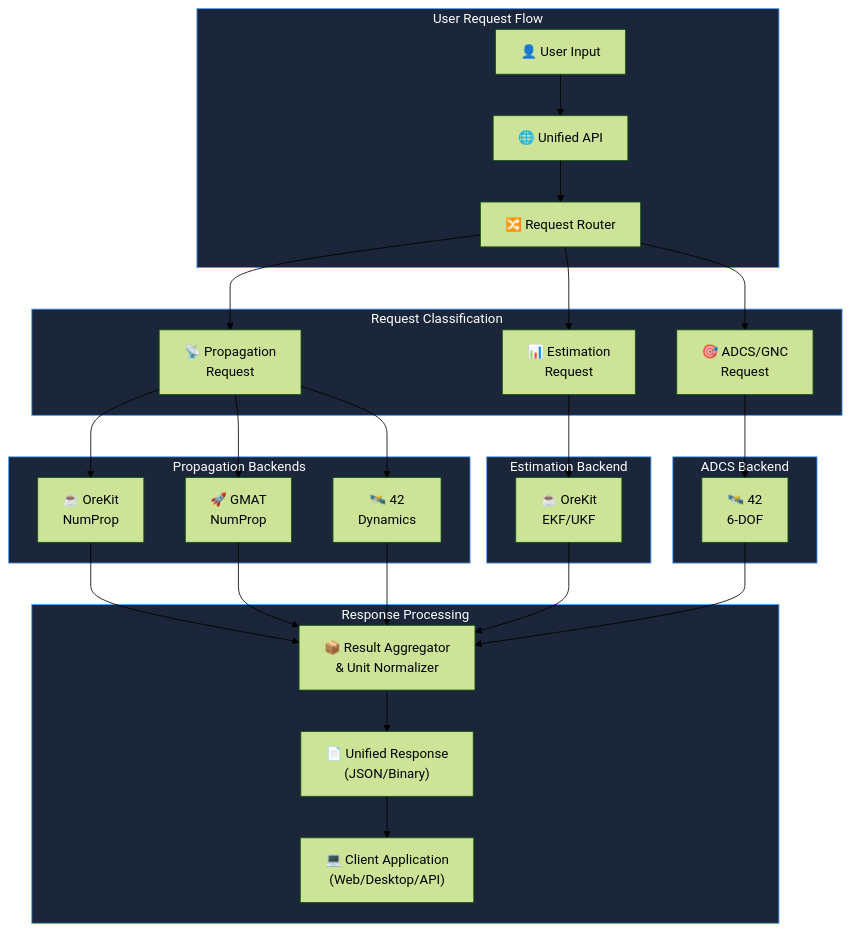
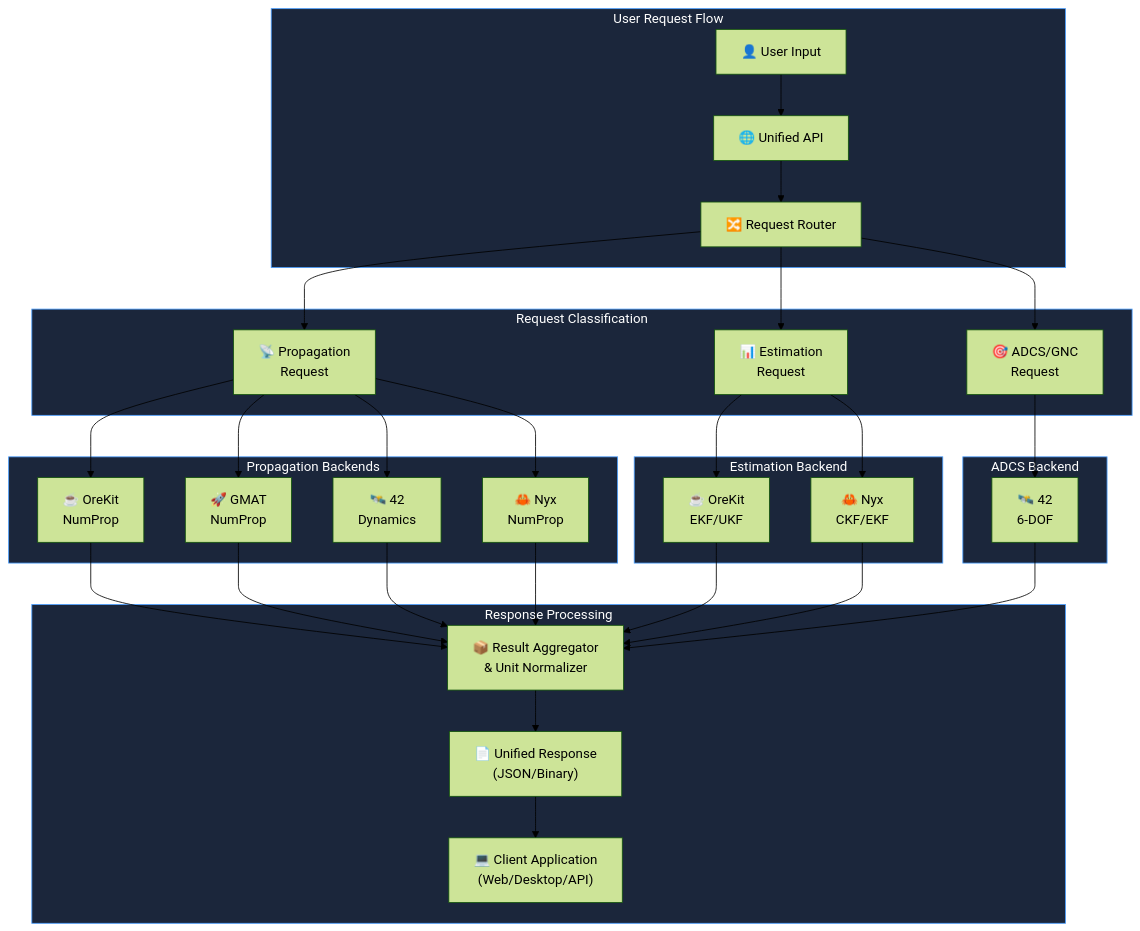
The sixth of 6 diagrams in README.md (spacecompute/sfdcompare), drawn with Mermaid (forest theme) before and after one commit. The commit also changed other lines of this file, not shown here.

````diff
--- a/README.md
+++ b/README.md
@@ -1280,60 +1454,66 @@
 ```mermaid
 flowchart TB
     subgraph Input["User Request Flow"]
         User["👤 User Input"]
         API["🌐 Unified API"]
         Router["🔀 Request Router"]
     end
 
     subgraph RequestTypes["Request Classification"]
         PropReq["📡 Propagation<br/>Request"]
         EstReq["📊 Estimation<br/>Request"]
         ADCSReq["🎯 ADCS/GNC<br/>Request"]
     end
 
     subgraph PropBackends["Propagation Backends"]
         OreKitProp["☕ OreKit<br/>NumProp"]
         GMATprop["🚀 GMAT<br/>NumProp"]
         FortyTwoDyn["🛰️ 42<br/>Dynamics"]
+        NyxProp["🦀 Nyx<br/>NumProp"]
     end
 
     subgraph EstBackends["Estimation Backend"]
         OreKitEst["☕ OreKit<br/>EKF/UKF"]
+        NyxEst["🦀 Nyx<br/>CKF/EKF"]
     end
 
     subgraph ADCSBackends["ADCS Backend"]
         FortyTwoADCS["🛰️ 42<br/>6-DOF"]
     end
 
     subgraph Output["Response Processing"]
         Aggregator["📦 Result Aggregator<br/>& Unit Normalizer"]
         Response["📄 Unified Response<br/>(JSON/Binary)"]
         Client["💻 Client Application<br/>(Web/Desktop/API)"]
     end
 
     User --> API --> Router
     Router --> PropReq
     Router --> EstReq
     Router --> ADCSReq
 
     PropReq --> OreKitProp
     PropReq --> GMATprop
     PropReq --> FortyTwoDyn
+    PropReq --> NyxProp
     EstReq --> OreKitEst
+    EstReq --> NyxEst
     ADCSReq --> FortyTwoADCS
 
     OreKitProp --> Aggregator
     GMATprop --> Aggregator
     FortyTwoDyn --> Aggregator
+    NyxProp --> Aggregator
     OreKitEst --> Aggregator
+    NyxEst --> Aggregator
     FortyTwoADCS --> Aggregator
 
     Aggregator --> Response --> Client
 
     style Input fill:#1b263b,stroke:#4a9eff,color:#fff
     style RequestTypes fill:#1b263b,stroke:#4a9eff,color:#fff
     style PropBackends fill:#1b263b,stroke:#4a9eff,color:#fff
     style EstBackends fill:#1b263b,stroke:#4a9eff,color:#fff
     style ADCSBackends fill:#1b263b,stroke:#4a9eff,color:#fff
     style Output fill:#1b263b,stroke:#4a9eff,color:#fff
 ```
````
